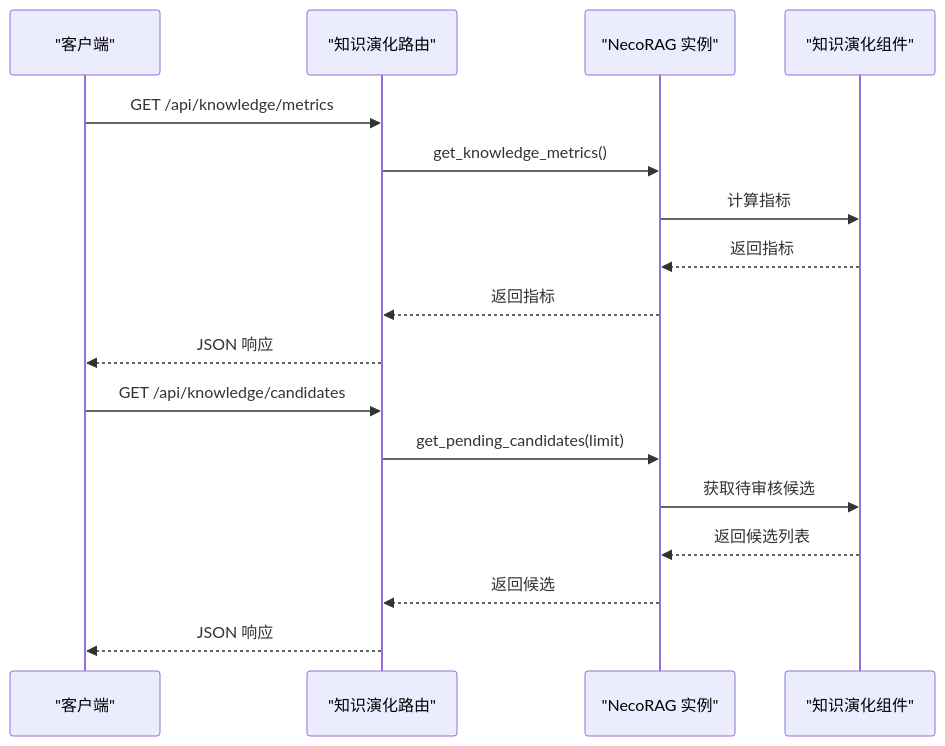
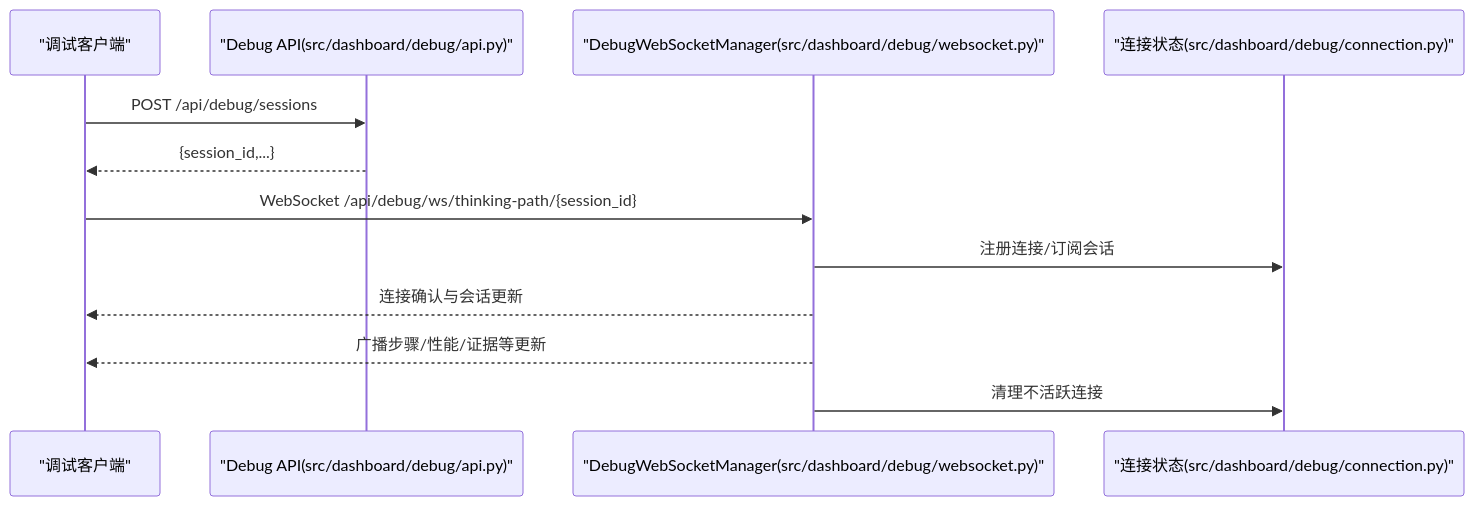
Before and after one commit to JieGaoPrinceton/NecoRAG: the eighth of 9 diagrams in .qoder/repowiki/zh/content/仪表板系统/Web服务器.md, drawn with Mermaid. The commit also changed other lines of this file and 181 other files, not shown here.

````diff
--- a/.qoder/repowiki/zh/content/仪表板系统/Web服务器.md
+++ b/.qoder/repowiki/zh/content/仪表板系统/Web服务器.md
@@ -294,19 +315,14 @@
 ```mermaid
 sequenceDiagram
-participant Client as "客户端"
-participant API as "知识演化路由"
-participant NR as "NecoRAG 实例"
-participant KE as "知识演化组件"
-Client->>API : GET /api/knowledge/metrics
-API->>NR : get_knowledge_metrics()
-NR->>KE : 计算指标
-KE-->>NR : 返回指标
-NR-->>API : 返回指标
-API-->>Client : JSON 响应
-Client->>API : GET /api/knowledge/candidates
-API->>NR : get_pending_candidates(limit)
-NR->>KE : 获取待审核候选
-KE-->>NR : 返回候选列表
-NR-->>API : 返回候选
-API-->>Client : JSON 响应
+participant Client as "调试客户端"
+participant DAPI as "Debug API(src/dashboard/debug/api.py)"
+participant DWS as "DebugWebSocketManager(src/dashboard/debug/websocket.py)"
+participant Conn as "连接状态(src/dashboard/debug/connection.py)"
+Client->>DAPI : POST /api/debug/sessions
+DAPI-->>Client : {session_id,...}
+Client->>DWS : WebSocket /api/debug/ws/thinking-path/{session_id}
+DWS->>Conn : 注册连接/订阅会话
+DWS-->>Client : 连接确认与会话更新
+DWS-->>Client : 广播步骤/性能/证据等更新
+DWS->>Conn : 清理不活跃连接
 ```
````
